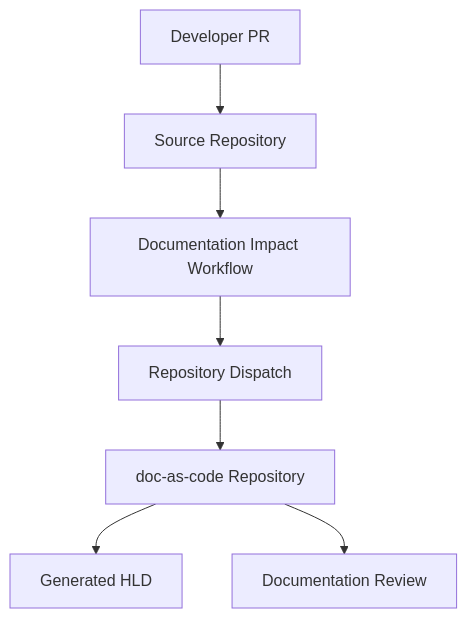
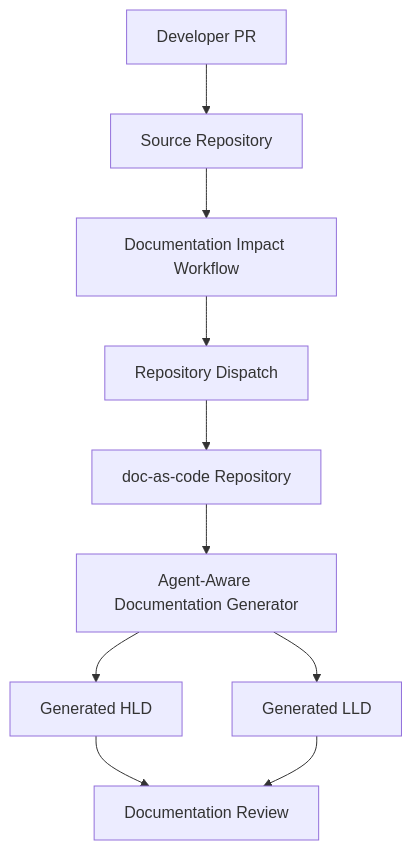
The first of 2 diagrams in docs/02-Architecture-and-Designs/01-High-Level-Designs/greenfield-network-hld.md (jijeeshlab/doc-as-code), drawn with Mermaid before and after one commit. The commit also changed other lines of this file and 1 other file, not shown here.

Commit message:
Generate documentation using agents

````diff
--- a/docs/02-Architecture-and-Designs/01-High-Level-Designs/greenfield-network-hld.md
+++ b/docs/02-Architecture-and-Designs/01-High-Level-Designs/greenfield-network-hld.md
@@ -62,9 +135,12 @@
 ```mermaid
 graph TD
     Developer[Developer PR] --> SourceRepo[Source Repository]
     SourceRepo --> Impact[Documentation Impact Workflow]
     Impact --> Dispatch[Repository Dispatch]
     Dispatch --> DocsRepo[doc-as-code Repository]
-    DocsRepo --> HLD[Generated HLD]
-    DocsRepo --> Review[Documentation Review]
+    DocsRepo --> AgentDocs[Agent-Aware Documentation Generator]
+    AgentDocs --> HLD[Generated HLD]
+    AgentDocs --> LLD[Generated LLD]
+    HLD --> Review[Documentation Review]
+    LLD --> Review
 ```
````
